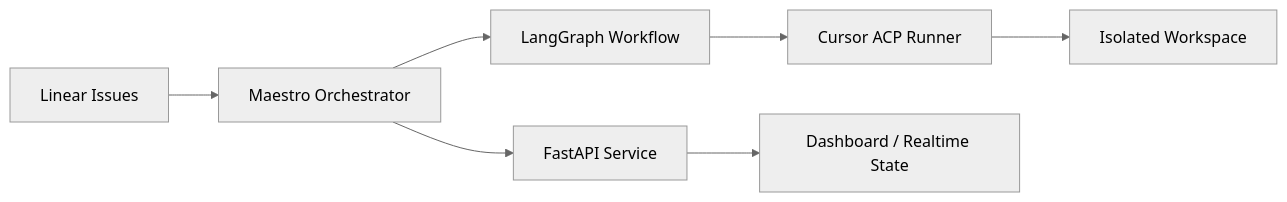
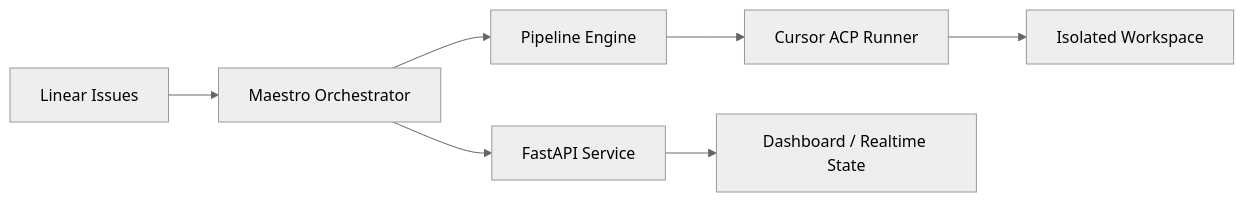
Before and after one commit to neilzhangpro/Maestro: the diagram in README.md, drawn with Mermaid (neutral theme). The commit also changed other lines of this file and 6 other files, not shown here.

First line of the commit message:
Remove LangGraph dependency, replace with lightweight Pipeline engine

````diff
--- a/README.md
+++ b/README.md
@@ -60,9 +58,9 @@
 ```mermaid
 flowchart LR
     A[Linear Issues] --> B[Maestro Orchestrator]
-    B --> C[LangGraph Workflow]
+    B --> C[Pipeline Engine]
     C --> D[Cursor ACP Runner]
     D --> E[Isolated Workspace]
     B --> F[FastAPI Service]
     F --> G[Dashboard / Realtime State]
 ```
````
